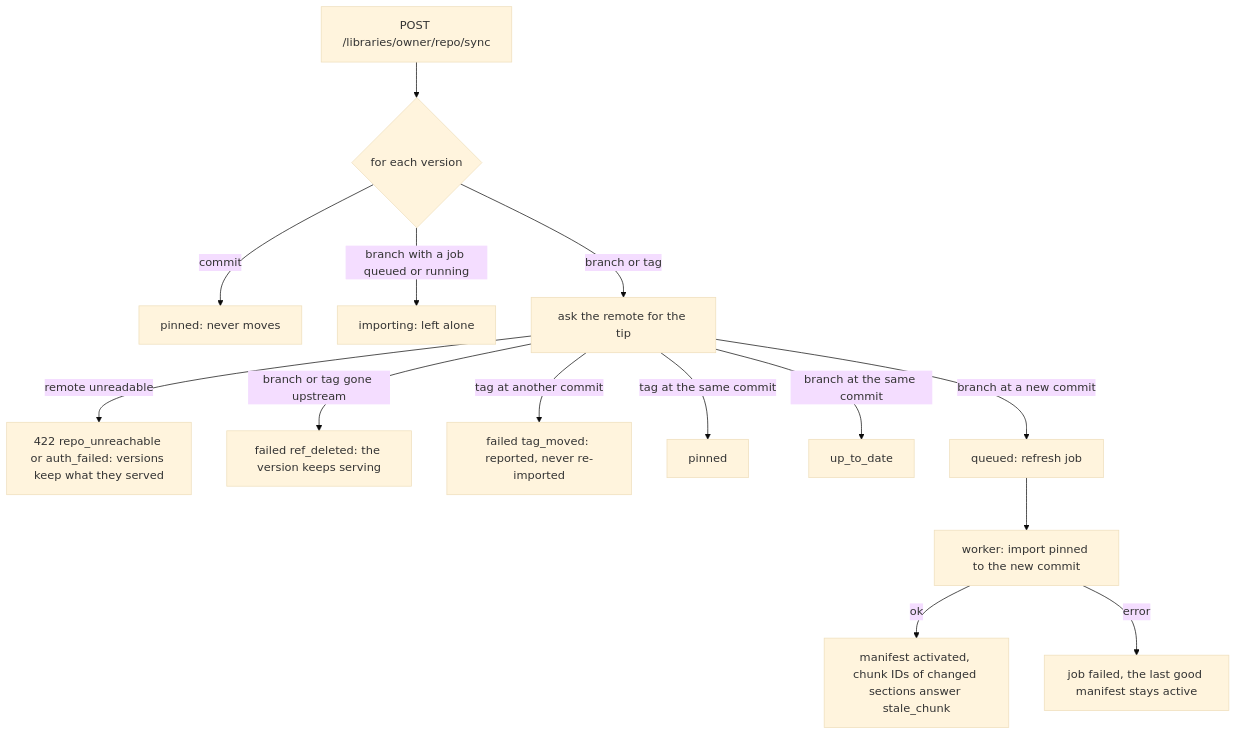
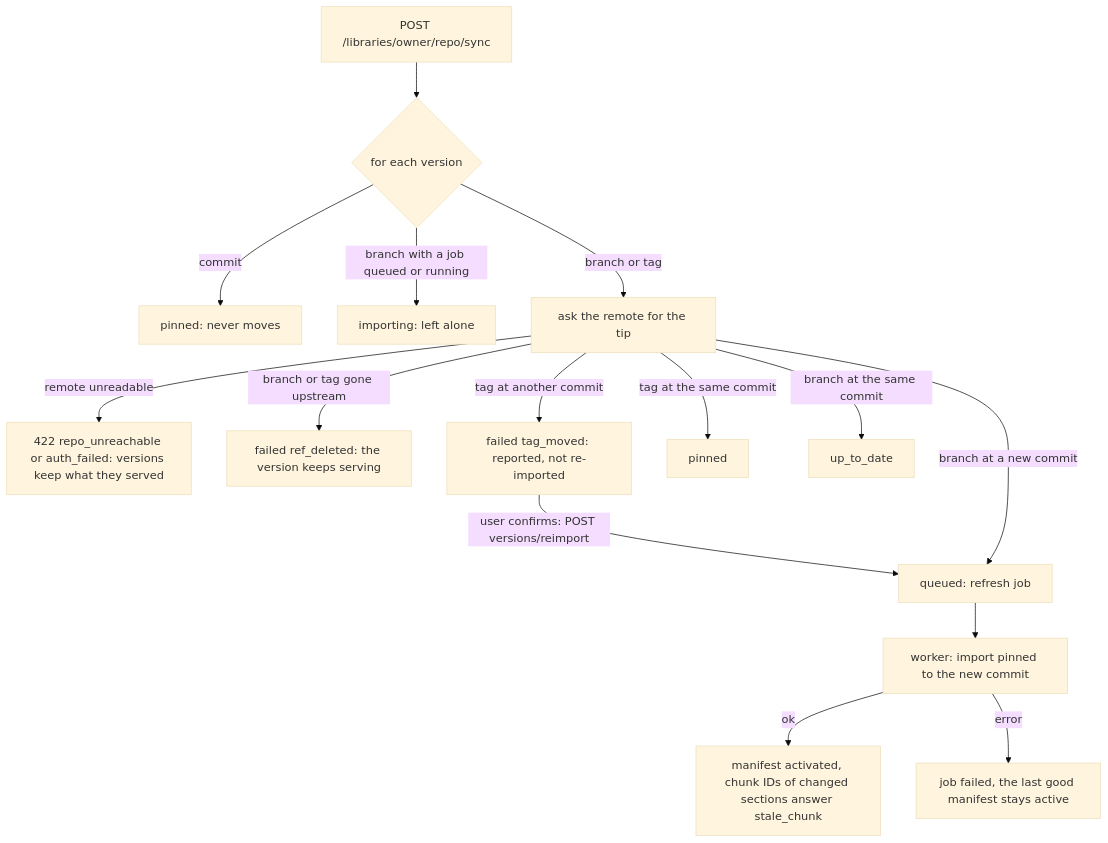
One commit to SirCypkowskyy/ExactDocs changed the second of 5 diagrams in docs/flows.md. Above: the diagram before and after it, drawn with Mermaid (base theme). The commit also changed other lines of this file and 30 other files, not shown here.

First line of the commit message:
feat(ingestion): a moved tag can be re-imported after confirmation (#82) (#212)

````diff
--- a/docs/flows.md
+++ b/docs/flows.md
@@ -59,16 +61,17 @@
 ```mermaid
 flowchart TD
     sync["POST /libraries/owner/repo/sync"] --> each{"for each version"}
     each -->|commit| pinned["pinned: never moves"]
     each -->|branch with a job queued or running| importing["importing: left alone"]
     each -->|branch or tag| ask["ask the remote for the tip"]
     ask -->|remote unreadable| err422["422 repo_unreachable or auth_failed: versions keep what they served"]
     ask -->|branch or tag gone upstream| failed["failed ref_deleted: the version keeps serving"]
-    ask -->|tag at another commit| moved["failed tag_moved: reported, never re-imported"]
+    ask -->|tag at another commit| moved["failed tag_moved: reported, not re-imported"]
+    moved -->|user confirms: POST versions/reimport| queued
     ask -->|tag at the same commit| pinnedtag["pinned"]
     ask -->|branch at the same commit| uptodate["up_to_date"]
     ask -->|branch at a new commit| queued["queued: refresh job"]
     queued --> run["worker: import pinned to the new commit"]
     run -->|ok| swap["manifest activated, chunk IDs of changed sections answer stale_chunk"]
     run -->|error| keep["job failed, the last good manifest stays active"]
 ```
````
